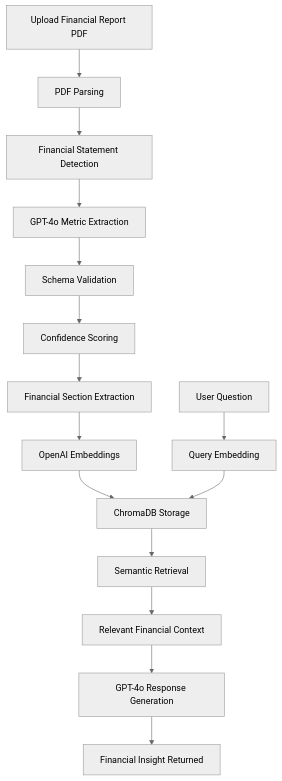
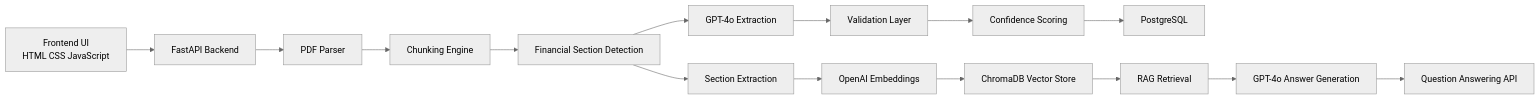
One commit to ajaysathriai-afk/Financial-Document-Extraction-RAG changed the first of 2 diagrams in README.md. Above: the diagram before and after it, drawn with Mermaid (neutral theme). The commit also changed other lines of this file, not shown here.

````diff
--- a/README.md
+++ b/README.md
@@ -155,35 +35,31 @@
 ```mermaid
-flowchart TD
+flowchart LR
 
-A[Upload Financial Report PDF]
+A[Frontend UI<br/>HTML CSS JavaScript] --> B[FastAPI Backend]
 
-A --> B[PDF Parsing]
+B --> C[PDF Parser]
+C --> D[Chunking Engine]
 
-B --> C[Financial Statement Detection]
+D --> E[Financial Section Detection]
 
-C --> D[GPT-4o Metric Extraction]
+E --> F[GPT-4o Extraction]
 
-D --> E[Schema Validation]
+F --> G[Validation Layer]
 
-E --> F[Confidence Scoring]
+G --> H[Confidence Scoring]
 
-F --> G[Financial Section Extraction]
+H --> I[PostgreSQL]
 
-G --> H[OpenAI Embeddings]
+E --> J[Section Extraction]
 
-H --> I[ChromaDB Storage]
+J --> K[OpenAI Embeddings]
 
-J[User Question]
+K --> L[ChromaDB Vector Store]
 
-J --> K[Query Embedding]
+L --> M[RAG Retrieval]
 
-K --> I
+M --> N[GPT-4o Answer Generation]
 
-I --> L[Semantic Retrieval]
+N --> O[Question Answering API]
 
-L --> M[Relevant Financial Context]
-
-M --> N[GPT-4o Response Generation]
-
-N --> O[Financial Insight Returned]
 ```
````
